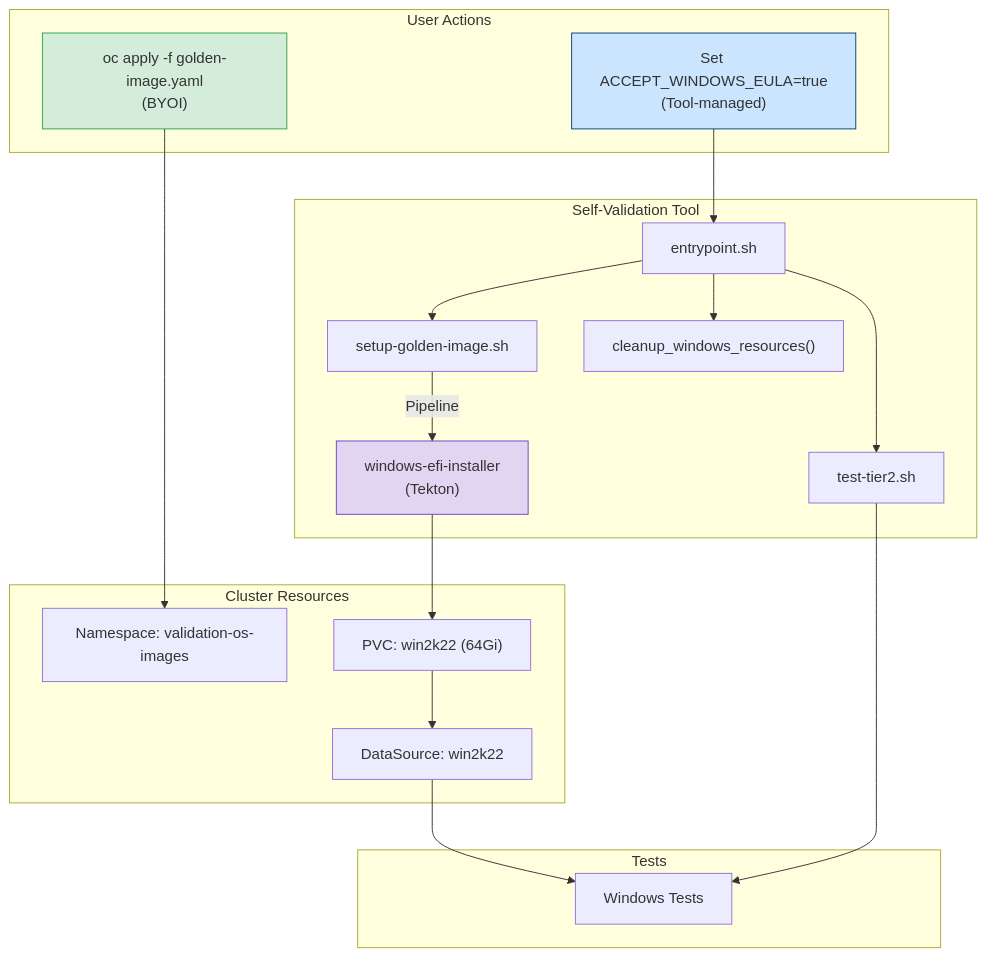
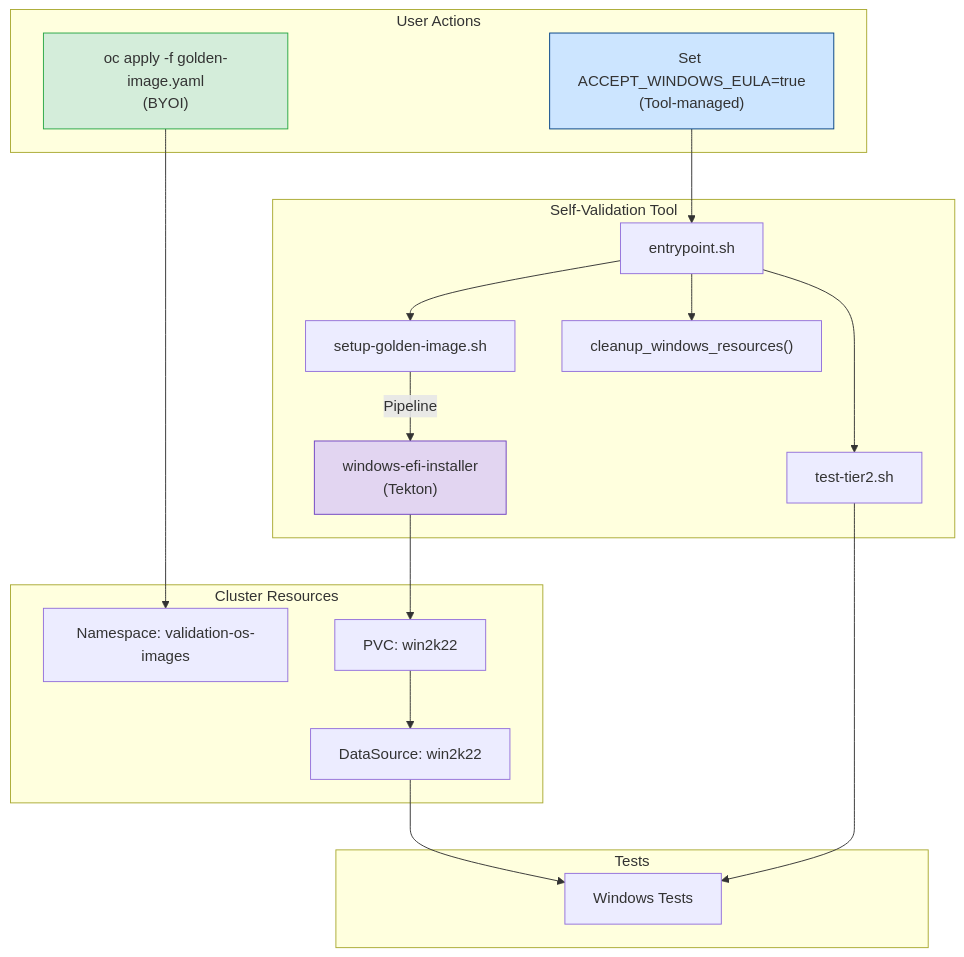
The second of 3 diagrams in docs/WINDOWS_GOLDEN_IMAGE_DESIGN.md (Ahmad-Hafe/ocp-virt-validation-checkup), drawn with Mermaid before and after one commit. The commit also changed other lines of this file, not shown here.

Commit message:
docs: remove PVC size, fix pipeline timeout claim

````diff
--- a/docs/WINDOWS_GOLDEN_IMAGE_DESIGN.md
+++ b/docs/WINDOWS_GOLDEN_IMAGE_DESIGN.md
@@ -102,35 +102,35 @@
 ```mermaid
 graph TB
     subgraph "User Actions"
         U1["oc apply -f golden-image.yaml<br/>(BYOI)"]
         U2["Set ACCEPT_WINDOWS_EULA=true<br/>(Tool-managed)"]
     end
 
     subgraph "Self-Validation Tool"
         E["entrypoint.sh"] --> S["setup-golden-image.sh"]
         E --> T["test-tier2.sh"]
         E --> C["cleanup_windows_resources()"]
         S -->|"Pipeline"| P["windows-efi-installer<br/>(Tekton)"]
     end
 
     subgraph "Cluster Resources"
         NS["Namespace: validation-os-images"]
         DS["DataSource: win2k22"]
-        PVC["PVC: win2k22 (64Gi)"]
+        PVC["PVC: win2k22"]
     end
 
     subgraph "Tests"
         HP["Windows Tests"]
     end
 
     U1 --> NS
     U2 --> E
     P --> PVC
     PVC --> DS
     DS --> HP
     T --> HP
 
     style U1 fill:#d4edda,stroke:#28a745
     style U2 fill:#cce5ff,stroke:#004085
     style P fill:#e2d5f1,stroke:#6f42c1
 ```
````
